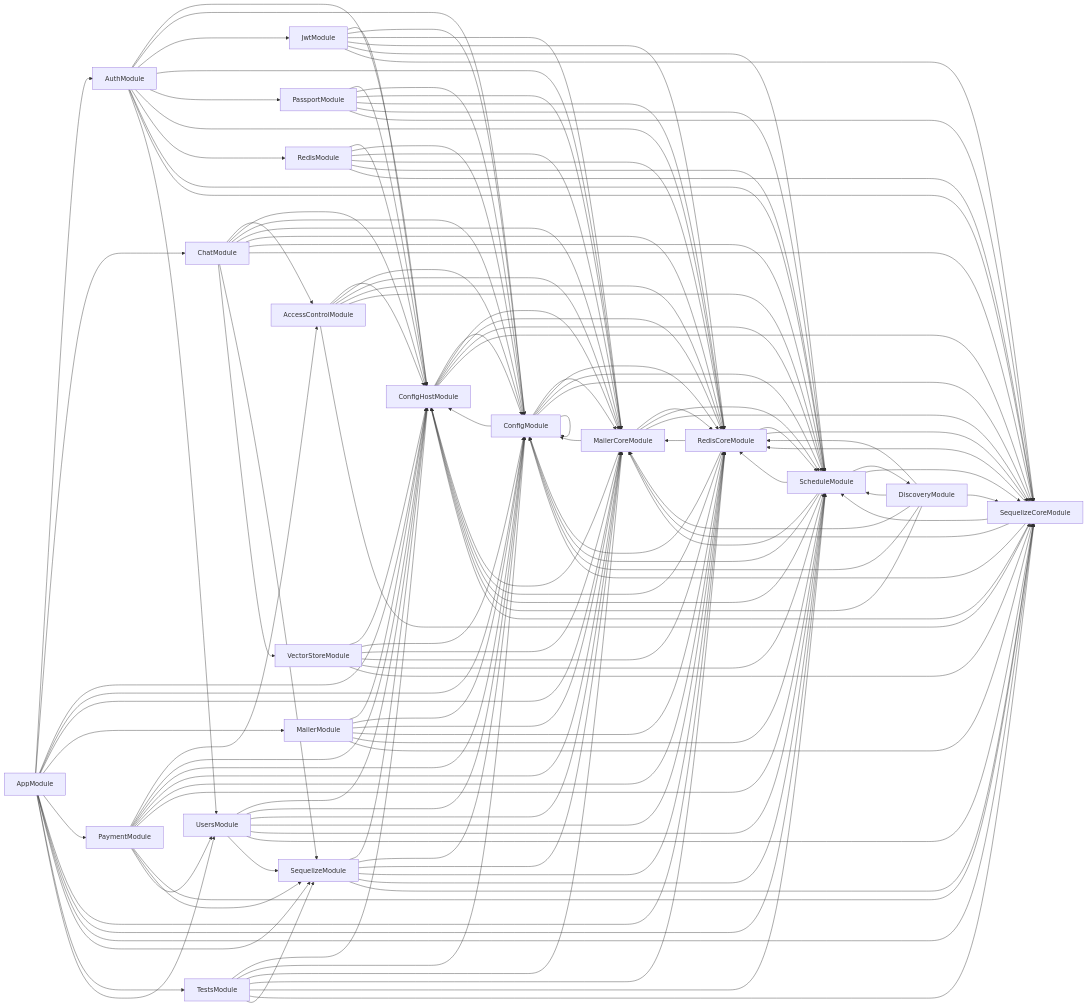
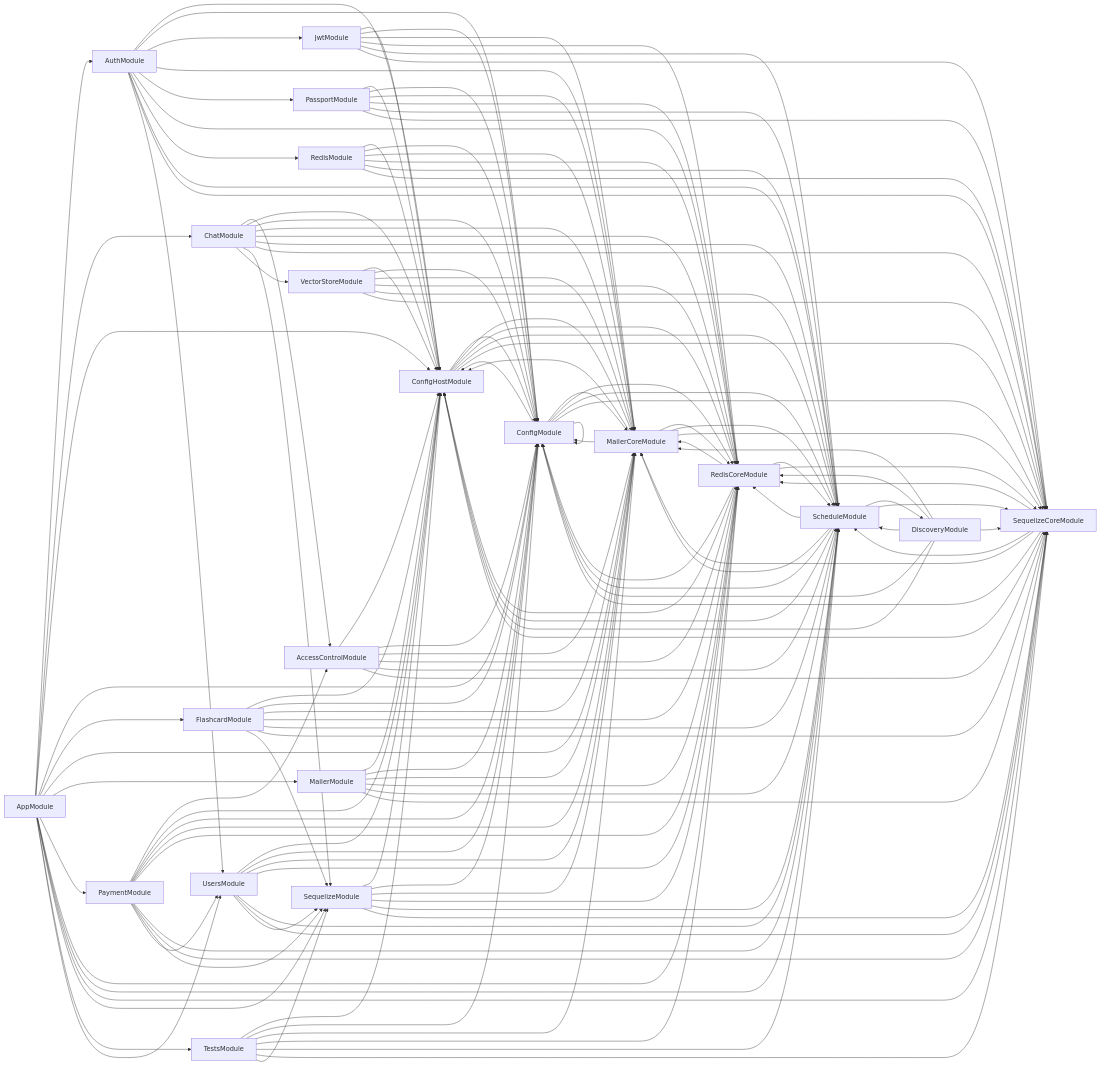
The diagram in deps.mermaid (tiawai/csc13010-tiawai-server), drawn with Mermaid before and after one commit. The commit also changed 9 other files, not shown here.

```diff
--- a/deps.mermaid
+++ b/deps.mermaid
@@ -1,136 +1,144 @@
 graph LR
     AccessControlModule-->ConfigHostModule
   AccessControlModule-->ConfigModule
   AccessControlModule-->MailerCoreModule
   AccessControlModule-->RedisCoreModule
   AccessControlModule-->ScheduleModule
   AccessControlModule-->SequelizeCoreModule
   AppModule-->AuthModule
   AppModule-->ChatModule
   AppModule-->ConfigHostModule
   AppModule-->ConfigModule
+  AppModule-->FlashcardModule
   AppModule-->MailerCoreModule
   AppModule-->MailerModule
   AppModule-->PaymentModule
   AppModule-->RedisCoreModule
   AppModule-->ScheduleModule
   AppModule-->SequelizeCoreModule
   AppModule-->SequelizeModule
   AppModule-->TestsModule
   AppModule-->UsersModule
   AuthModule-->ConfigHostModule
   AuthModule-->ConfigModule
   AuthModule-->JwtModule
   AuthModule-->MailerCoreModule
   AuthModule-->PassportModule
   AuthModule-->RedisCoreModule
   AuthModule-->RedisModule
   AuthModule-->ScheduleModule
   AuthModule-->SequelizeCoreModule
   AuthModule-->UsersModule
   ChatModule-->AccessControlModule
   ChatModule-->ConfigHostModule
   ChatModule-->ConfigModule
   ChatModule-->MailerCoreModule
   ChatModule-->RedisCoreModule
   ChatModule-->ScheduleModule
   ChatModule-->SequelizeCoreModule
   ChatModule-->SequelizeModule
   ChatModule-->VectorStoreModule
   ConfigHostModule-->ConfigModule
   ConfigHostModule-->MailerCoreModule
   ConfigHostModule-->RedisCoreModule
   ConfigHostModule-->ScheduleModule
   ConfigHostModule-->SequelizeCoreModule
   ConfigModule-->ConfigHostModule
   ConfigModule-->ConfigModule
   ConfigModule-->MailerCoreModule
   ConfigModule-->RedisCoreModule
   ConfigModule-->ScheduleModule
   ConfigModule-->SequelizeCoreModule
   DiscoveryModule-->ConfigHostModule
   DiscoveryModule-->ConfigModule
   DiscoveryModule-->MailerCoreModule
   DiscoveryModule-->RedisCoreModule
   DiscoveryModule-->ScheduleModule
   DiscoveryModule-->SequelizeCoreModule
+  FlashcardModule-->ConfigHostModule
+  FlashcardModule-->ConfigModule
+  FlashcardModule-->MailerCoreModule
+  FlashcardModule-->RedisCoreModule
+  FlashcardModule-->ScheduleModule
+  FlashcardModule-->SequelizeCoreModule
+  FlashcardModule-->SequelizeModule
   JwtModule-->ConfigHostModule
   JwtModule-->ConfigModule
   JwtModule-->MailerCoreModule
   JwtModule-->RedisCoreModule
   JwtModule-->ScheduleModule
   JwtModule-->SequelizeCoreModule
   MailerCoreModule-->ConfigHostModule
   MailerCoreModule-->ConfigModule
   MailerCoreModule-->RedisCoreModule
   MailerCoreModule-->ScheduleModule
   MailerCoreModule-->SequelizeCoreModule
   MailerModule-->ConfigHostModule
   MailerModule-->ConfigModule
   MailerModule-->MailerCoreModule
   MailerModule-->RedisCoreModule
   MailerModule-->ScheduleModule
   MailerModule-->SequelizeCoreModule
   PassportModule-->ConfigHostModule
   PassportModule-->ConfigModule
   PassportModule-->MailerCoreModule
   PassportModule-->RedisCoreModule
   PassportModule-->ScheduleModule
   PassportModule-->SequelizeCoreModule
   PaymentModule-->AccessControlModule
   PaymentModule-->ConfigHostModule
   PaymentModule-->ConfigModule
   PaymentModule-->MailerCoreModule
   PaymentModule-->RedisCoreModule
   PaymentModule-->ScheduleModule
   PaymentModule-->SequelizeCoreModule
   PaymentModule-->SequelizeModule
   PaymentModule-->UsersModule
   RedisCoreModule-->ConfigHostModule
   RedisCoreModule-->ConfigModule
   RedisCoreModule-->MailerCoreModule
   RedisCoreModule-->ScheduleModule
   RedisCoreModule-->SequelizeCoreModule
   RedisModule-->ConfigHostModule
   RedisModule-->ConfigModule
   RedisModule-->MailerCoreModule
   RedisModule-->RedisCoreModule
   RedisModule-->ScheduleModule
   RedisModule-->SequelizeCoreModule
   ScheduleModule-->ConfigHostModule
   ScheduleModule-->ConfigModule
   ScheduleModule-->DiscoveryModule
   ScheduleModule-->MailerCoreModule
   ScheduleModule-->RedisCoreModule
   ScheduleModule-->SequelizeCoreModule
   SequelizeCoreModule-->ConfigHostModule
   SequelizeCoreModule-->ConfigModule
   SequelizeCoreModule-->MailerCoreModule
   SequelizeCoreModule-->RedisCoreModule
   SequelizeCoreModule-->ScheduleModule
   SequelizeModule-->ConfigHostModule
   SequelizeModule-->ConfigModule
   SequelizeModule-->MailerCoreModule
   SequelizeModule-->RedisCoreModule
   SequelizeModule-->ScheduleModule
   SequelizeModule-->SequelizeCoreModule
   TestsModule-->ConfigHostModule
   TestsModule-->ConfigModule
   TestsModule-->MailerCoreModule
   TestsModule-->RedisCoreModule
   TestsModule-->ScheduleModule
   TestsModule-->SequelizeCoreModule
   TestsModule-->SequelizeModule
   UsersModule-->ConfigHostModule
   UsersModule-->ConfigModule
   UsersModule-->MailerCoreModule
   UsersModule-->RedisCoreModule
   UsersModule-->ScheduleModule
   UsersModule-->SequelizeCoreModule
   UsersModule-->SequelizeModule
   VectorStoreModule-->ConfigHostModule
   VectorStoreModule-->ConfigModule
   VectorStoreModule-->MailerCoreModule
   VectorStoreModule-->RedisCoreModule
   VectorStoreModule-->ScheduleModule
   VectorStoreModule-->SequelizeCoreModule
```
